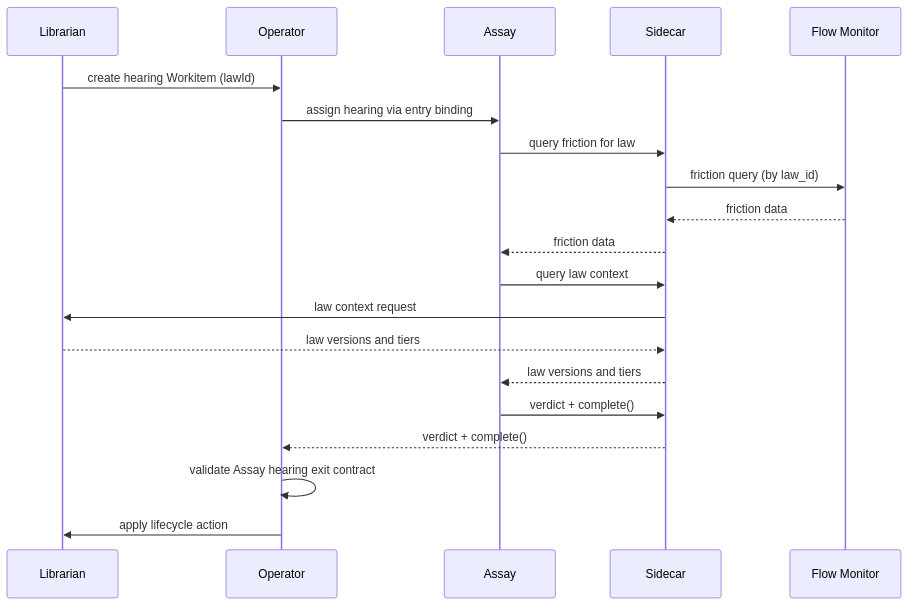
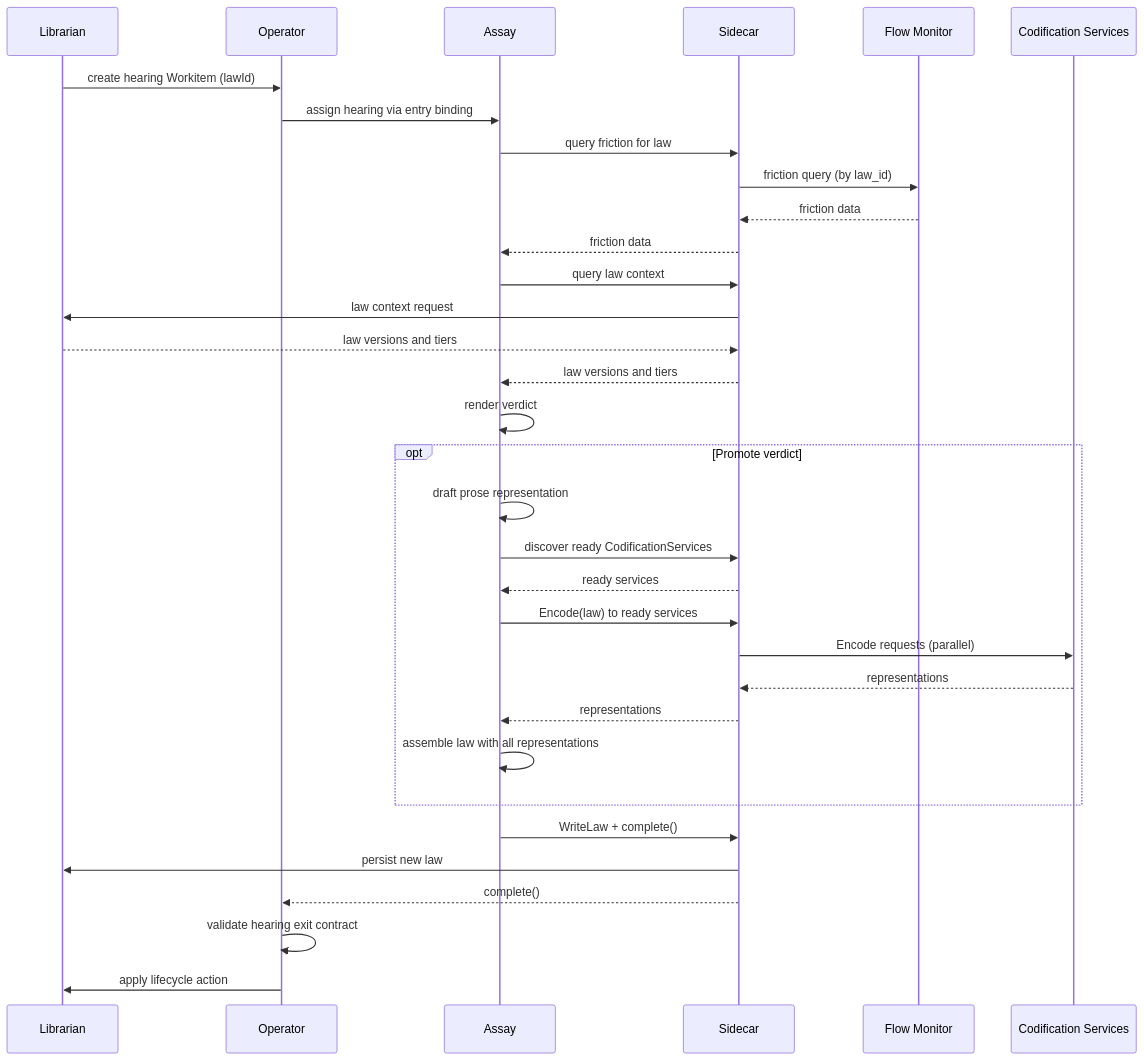
The fourth of 4 diagrams in 02-flow/04-system-services.md (really-knows-ai/gideas), drawn with Mermaid before and after one commit. The commit also changed other lines of this file and 21 other files, not shown here.

````diff
--- a/02-flow/04-system-services.md
+++ b/02-flow/04-system-services.md
@@ -222,23 +238,36 @@
 ```mermaid
 sequenceDiagram
     participant LB as Librarian
     participant OP as Operator
     participant AS as Assay
     participant SC as Sidecar
     participant FM as Flow Monitor
+    participant CS as Codification Services
 
     LB->>OP: create hearing Workitem (lawId)
     OP->>AS: assign hearing via entry binding
     AS->>SC: query friction for law
     SC->>FM: friction query (by law_id)
     FM-->>SC: friction data
     SC-->>AS: friction data
     AS->>SC: query law context
     SC->>LB: law context request
     LB-->>SC: law versions and tiers
     SC-->>AS: law versions and tiers
-    AS->>SC: verdict + complete()
-    SC-->>OP: verdict + complete()
-    OP->>OP: validate Assay hearing exit contract
+    AS->>AS: render verdict
+    opt Promote verdict
+        AS->>AS: draft prose representation
+        AS->>SC: discover ready CodificationServices
+        SC-->>AS: ready services
+        AS->>SC: Encode(law) to ready services
+        SC->>CS: Encode requests (parallel)
+        CS-->>SC: representations
+        SC-->>AS: representations
+        AS->>AS: assemble law with all representations
+    end
+    AS->>SC: WriteLaw + complete()
+    SC->>LB: persist new law
+    SC-->>OP: complete()
+    OP->>OP: validate hearing exit contract
     OP->>LB: apply lifecycle action
 ```
````
